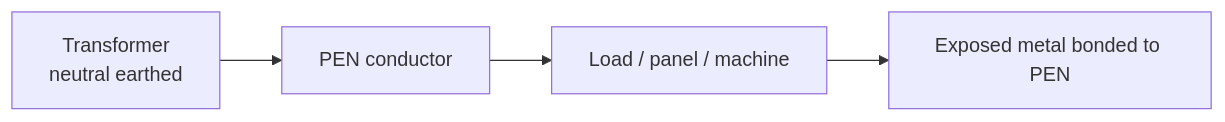
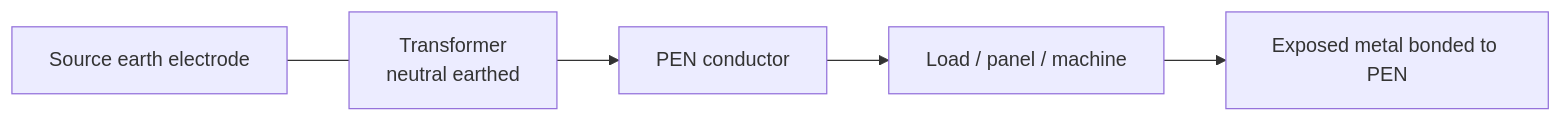
Before and after one commit to kyawminthu20/Control-System-Tools: the second of 7 diagrams in docs/training/fundamentals/earthing-systems-iec/index.md, drawn with Mermaid. The commit also changed other lines of this file, not shown here.

First line of the commit message:
fix: correct IT diagram topology and TN diagram quality issues

````diff
--- a/docs/training/fundamentals/earthing-systems-iec/index.md
+++ b/docs/training/fundamentals/earthing-systems-iec/index.md
@@ -78,6 +78,7 @@
 ```mermaid
 flowchart LR
-    S[Transformer<br/>neutral earthed] --> PEN[PEN conductor]
+    E[Source earth electrode] --- S[Transformer<br/>neutral earthed]
+    S --> PEN[PEN conductor]
     PEN --> L[Load / panel / machine]
     L --> M[Exposed metal bonded to PEN]
 ```
````
